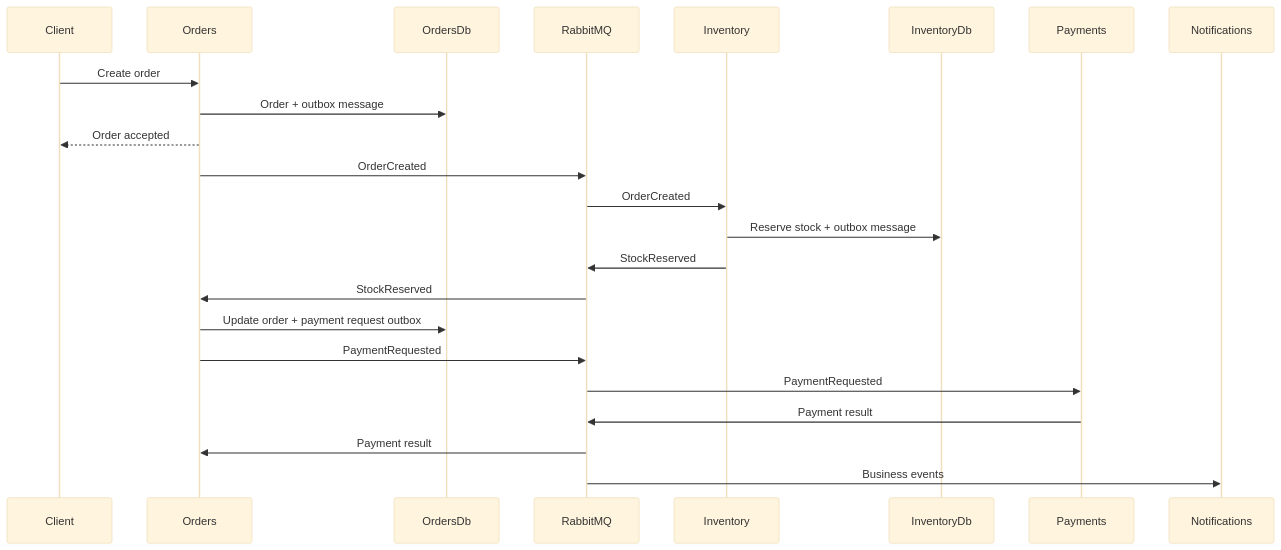
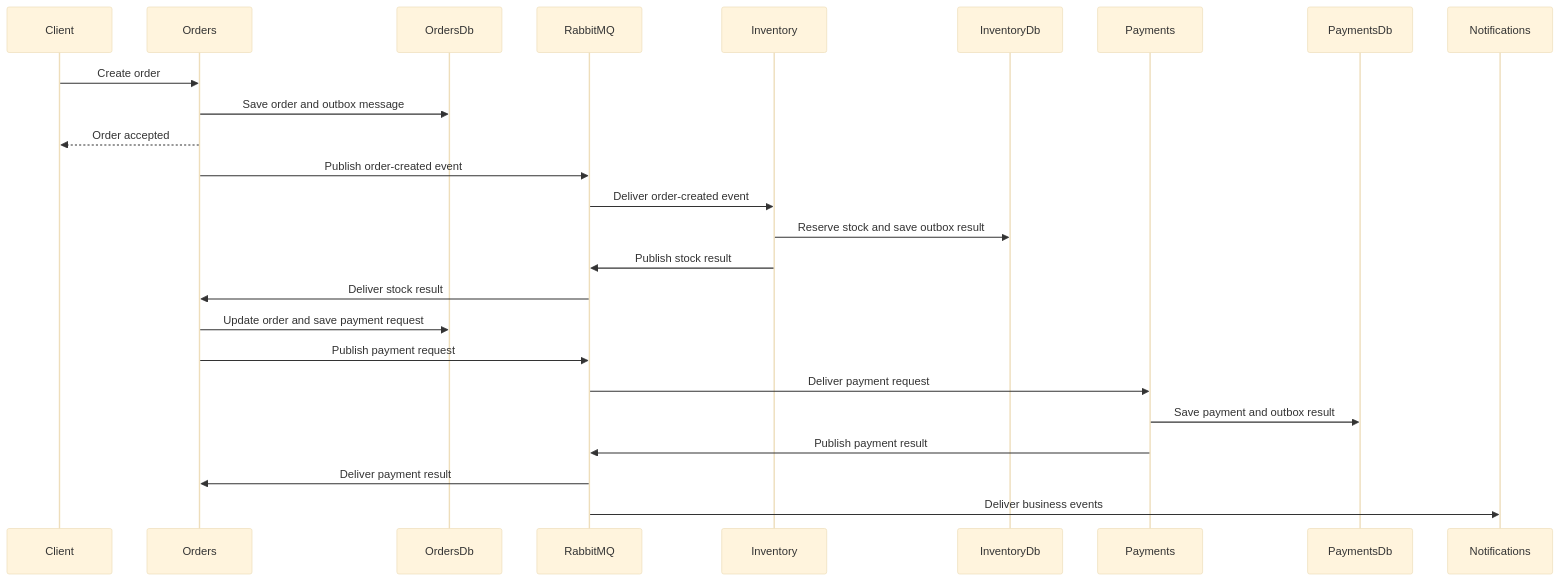
One commit to MBMor/MicroS_04_Eshop changed the second of 2 diagrams in README.md. Above: the diagram before and after it, drawn with Mermaid (base theme). The commit also changed other lines of this file, not shown here.

````diff
--- a/README.md
+++ b/README.md
@@ -306,31 +381,33 @@
 ```mermaid
 sequenceDiagram
     participant Client
     participant Orders
     participant OrdersDb
     participant RabbitMQ
     participant Inventory
     participant InventoryDb
     participant Payments
+    participant PaymentsDb
     participant Notifications
 
     Client->>Orders: Create order
-    Orders->>OrdersDb: Order + outbox message
+    Orders->>OrdersDb: Save order and outbox message
     Orders-->>Client: Order accepted
 
-    Orders->>RabbitMQ: OrderCreated
-    RabbitMQ->>Inventory: OrderCreated
+    Orders->>RabbitMQ: Publish order-created event
+    RabbitMQ->>Inventory: Deliver order-created event
 
-    Inventory->>InventoryDb: Reserve stock + outbox message
-    Inventory->>RabbitMQ: StockReserved
+    Inventory->>InventoryDb: Reserve stock and save outbox result
+    Inventory->>RabbitMQ: Publish stock result
+    RabbitMQ->>Orders: Deliver stock result
 
-    RabbitMQ->>Orders: StockReserved
-    Orders->>OrdersDb: Update order + payment request outbox
+    Orders->>OrdersDb: Update order and save payment request
+    Orders->>RabbitMQ: Publish payment request
+    RabbitMQ->>Payments: Deliver payment request
 
-    Orders->>RabbitMQ: PaymentRequested
-    RabbitMQ->>Payments: PaymentRequested
+    Payments->>PaymentsDb: Save payment and outbox result
+    Payments->>RabbitMQ: Publish payment result
+    RabbitMQ->>Orders: Deliver payment result
 
-    Payments->>RabbitMQ: Payment result
-    RabbitMQ->>Orders: Payment result
-    RabbitMQ->>Notifications: Business events
+    RabbitMQ->>Notifications: Deliver business events
 ```
````
